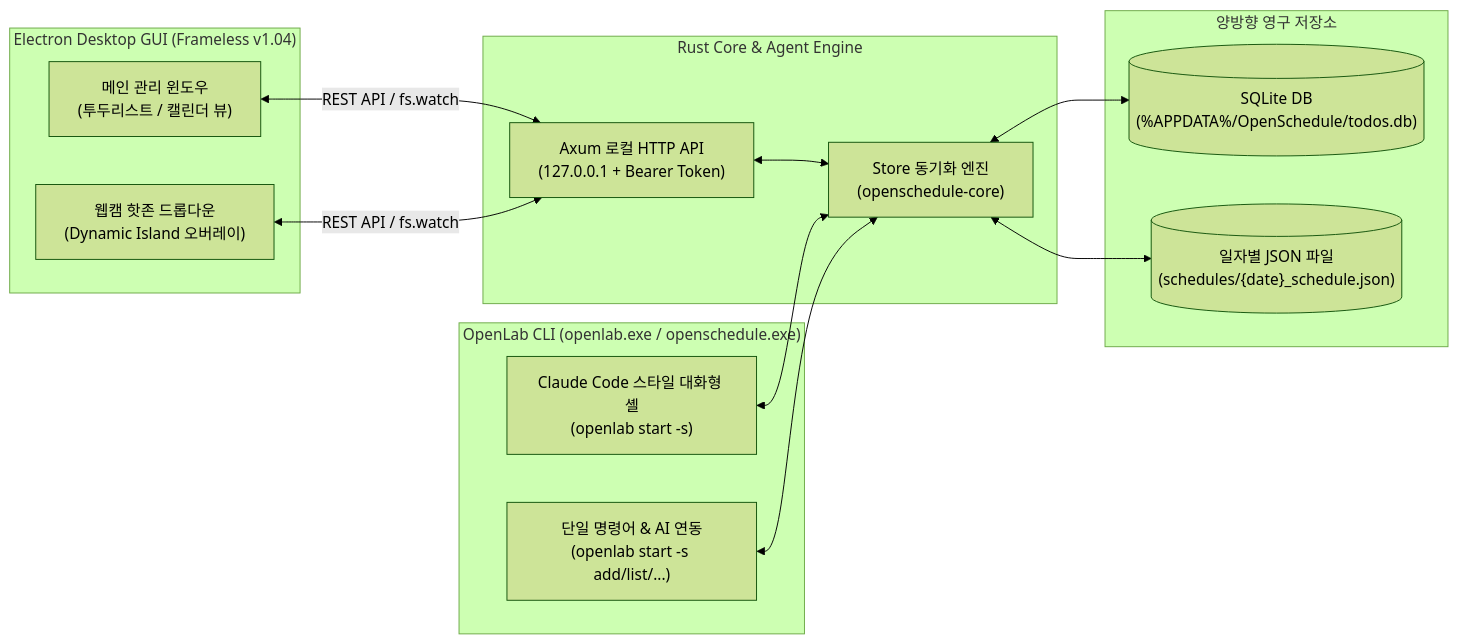
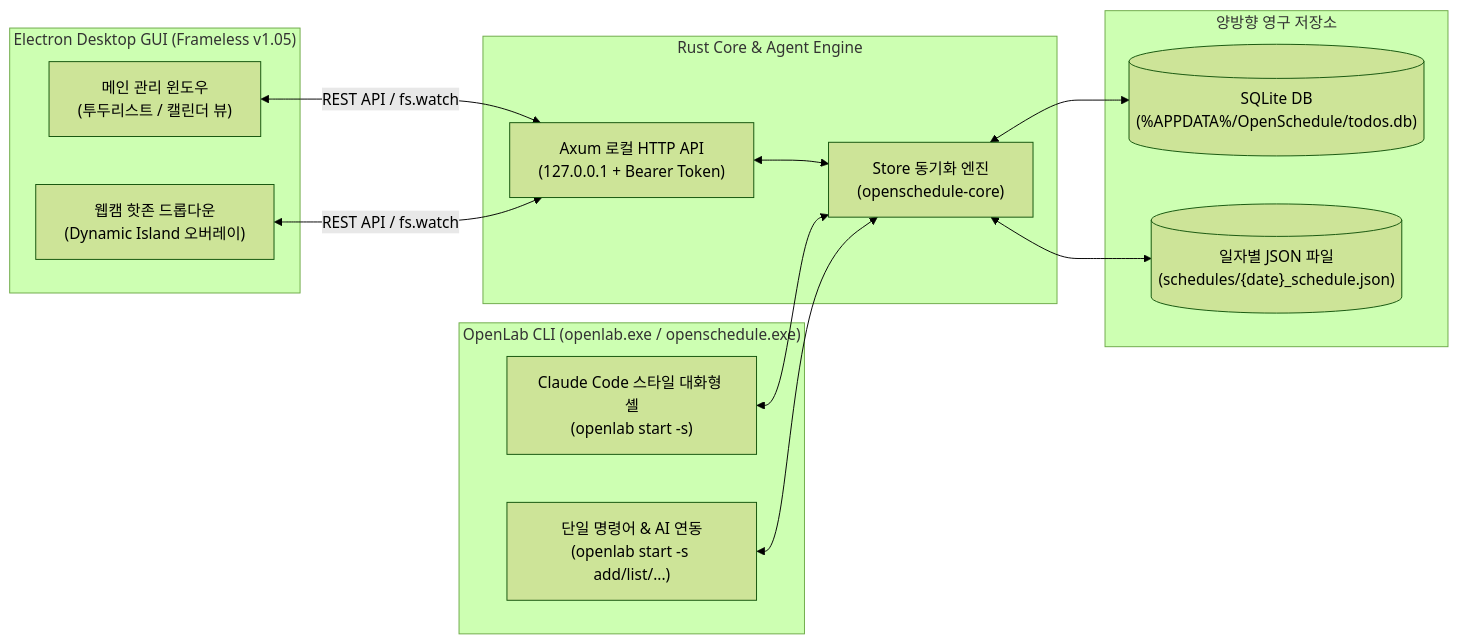
The diagram in README.md (ksh6940/Open-Schdule), drawn with Mermaid (forest theme) before and after one commit. The commit also changed other lines of this file and 15 other files, not shown here.

````diff
--- a/README.md
+++ b/README.md
@@ -54,30 +54,30 @@
 ```mermaid
 flowchart LR
-    subgraph Frontend["Electron Desktop GUI (Frameless v1.04)"]
+    subgraph Frontend["Electron Desktop GUI (Frameless v1.05)"]
         MainWin["메인 관리 윈도우\n(투두리스트 / 캘린더 뷰)"]
         OverlayWin["웹캠 핫존 드롭다운\n(Dynamic Island 오버레이)"]
     end
 
     subgraph CLI["OpenLab CLI (openlab.exe / openschedule.exe)"]
         InteractiveCLI["Claude Code 스타일 대화형 셸\n(openlab start -s)"]
         OneShotCLI["단일 명령어 & AI 연동\n(openlab start -s add/list/...)"]
     end
 
     subgraph Backend["Rust Core & Agent Engine"]
         AxumAPI["Axum 로컬 HTTP API\n(127.0.0.1 + Bearer Token)"]
         StoreEngine["Store 동기화 엔진\n(openschedule-core)"]
     end
 
     subgraph Storage["양방향 영구 저장소"]
         SQLite[("SQLite DB\n(%APPDATA%/OpenSchedule/todos.db)")]
         DateJSON[("일자별 JSON 파일\n(schedules/{date}_schedule.json)")]
     end
 
     MainWin <-->|"REST API / fs.watch"| AxumAPI
     OverlayWin <-->|"REST API / fs.watch"| AxumAPI
     AxumAPI <--> StoreEngine
     InteractiveCLI <--> StoreEngine
     OneShotCLI <--> StoreEngine
     StoreEngine <--> SQLite
     StoreEngine <--> DateJSON
 ```
````
